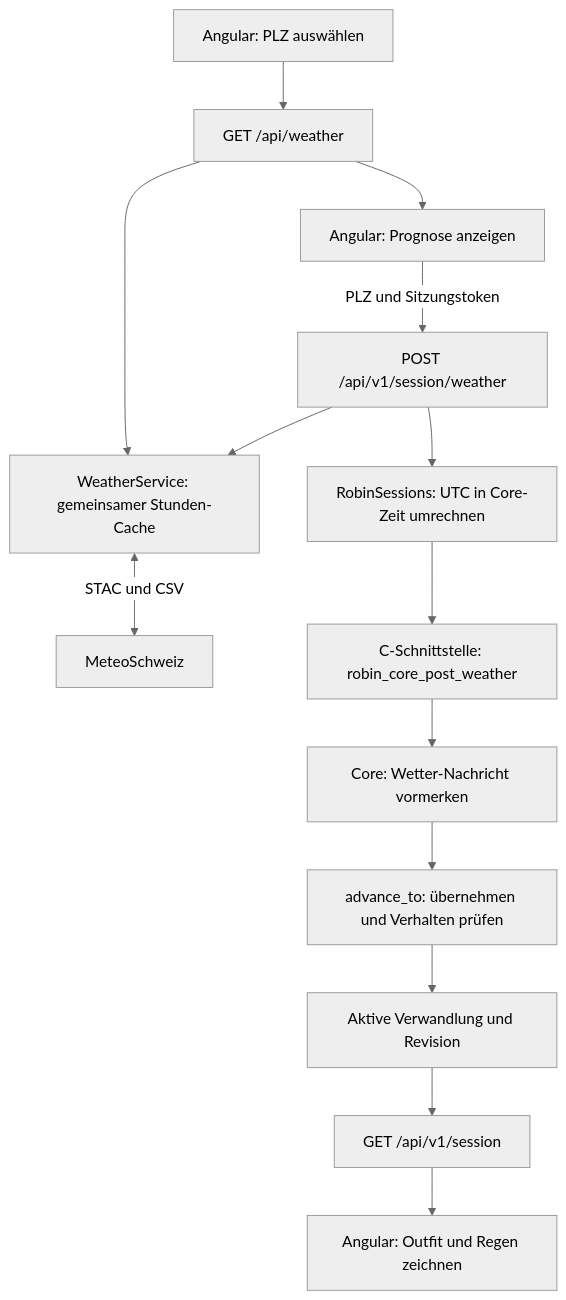
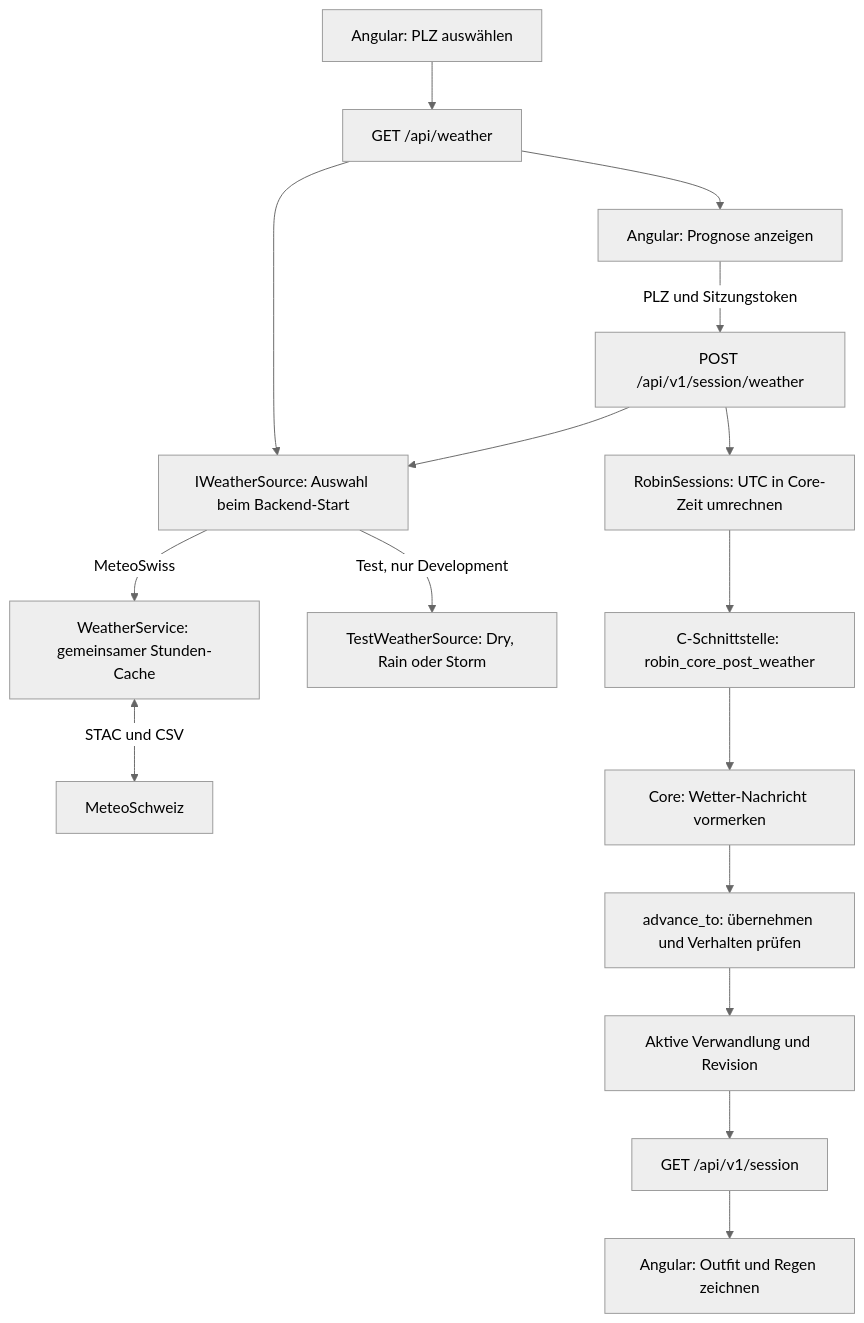
One commit to sabrinahelfenberger-Wusel/PinkRobin changed the first of 2 diagrams in docs/architecture/Wetterreaktionen.md. Above: the diagram before and after it, drawn with Mermaid (neutral theme). The commit also changed other lines of this file and 1 other file, not shown here.

Commit message:
docs: describe environment-based test weather scenarios

````diff
--- a/docs/architecture/Wetterreaktionen.md
+++ b/docs/architecture/Wetterreaktionen.md
@@ -9,16 +9,18 @@
 ```mermaid
 flowchart TD
     A[Angular: PLZ auswählen] --> B[GET /api/weather]
-    B --> C[WeatherService: gemeinsamer Stunden-Cache]
+    B --> S[IWeatherSource: Auswahl beim Backend-Start]
+    S -->|MeteoSwiss| C[WeatherService: gemeinsamer Stunden-Cache]
     C <-->|STAC und CSV| M[MeteoSchweiz]
+    S -->|Test, nur Development| T[TestWeatherSource: Dry, Rain oder Storm]
     B --> D[Angular: Prognose anzeigen]
     D -->|PLZ und Sitzungstoken| E[POST /api/v1/session/weather]
-    E --> C
+    E --> S
     E --> F[RobinSessions: UTC in Core-Zeit umrechnen]
     F --> G[C-Schnittstelle: robin_core_post_weather]
     G --> H[Core: Wetter-Nachricht vormerken]
     H --> I[advance_to: übernehmen und Verhalten prüfen]
     I --> J[Aktive Verwandlung und Revision]
     J --> K[GET /api/v1/session]
     K --> L[Angular: Outfit und Regen zeichnen]
 ```
````
